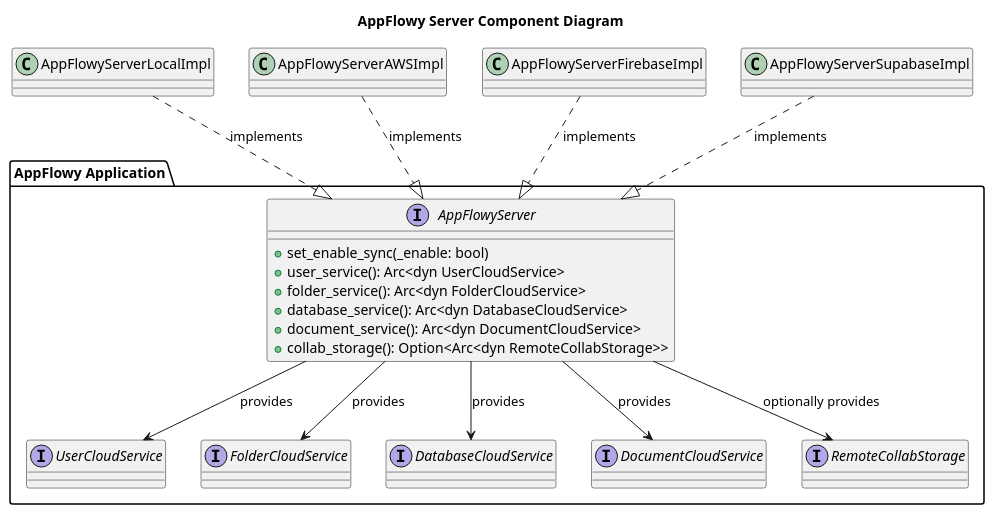
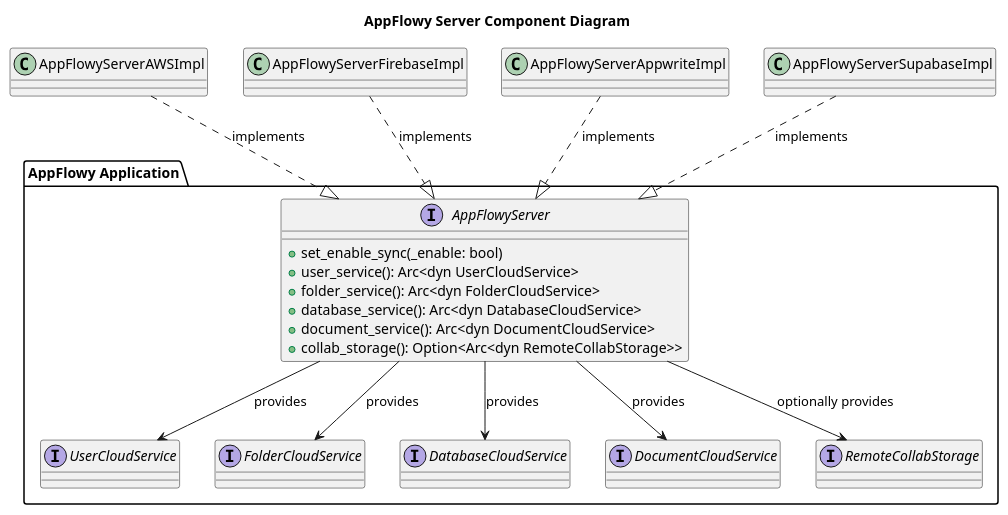
One commit to AppFlowy-IO/AppFlowy-Docs changed the fourth of 5 diagrams in essential-documentation/appflowy-cloud/uml.plantuml. Above: the diagram before and after it, drawn with PlantUML. The commit also changed other lines of this file and 3 other files, not shown here.

```diff
--- a/essential-documentation/appflowy-cloud/uml.plantuml
+++ b/essential-documentation/appflowy-cloud/uml.plantuml
@@ -97,37 +97,38 @@
 @startuml
 title AppFlowy Server Component Diagram
+'left to right direction
 
 package "AppFlowy Application" {
     interface "AppFlowyServer" as server {
       + set_enable_sync(_enable: bool)
       + user_service(): Arc<dyn UserCloudService>
       + folder_service(): Arc<dyn FolderCloudService>
       + database_service(): Arc<dyn DatabaseCloudService>
       + document_service(): Arc<dyn DocumentCloudService>
       + collab_storage(): Option<Arc<dyn RemoteCollabStorage>>
     }
 
     interface "UserCloudService" as UserCloudService
     interface "FolderCloudService" as foldercloudservice
     interface "DatabaseCloudService" as databasecloudservice
     interface "DocumentCloudService" as documentcloudservice
     interface "RemoteCollabStorage" as remotecollabstorage
 }
 
 class "AppFlowyServerSupabaseImpl" as supabase
+class "AppFlowyServerAppwriteImpl" as appwrite
+class "AppFlowyServerAWSImpl" as aws
 class "AppFlowyServerFirebaseImpl" as firebase
-class "AppFlowyServerAWSImpl" as aws
-class "AppFlowyServerLocalImpl" as local
 
 server <|.u. supabase: implements
+server <|.u. appwrite: implements
 server <|.u. firebase: implements
 server <|.u. aws: implements
-server <|.u. local: implements
 
 server -down-> UserCloudService: provides
 server -down-> foldercloudservice: provides
 server -down-> databasecloudservice: provides
 server -down-> documentcloudservice: provides
 server -down-> remotecollabstorage: optionally provides
 
 @enduml
```
